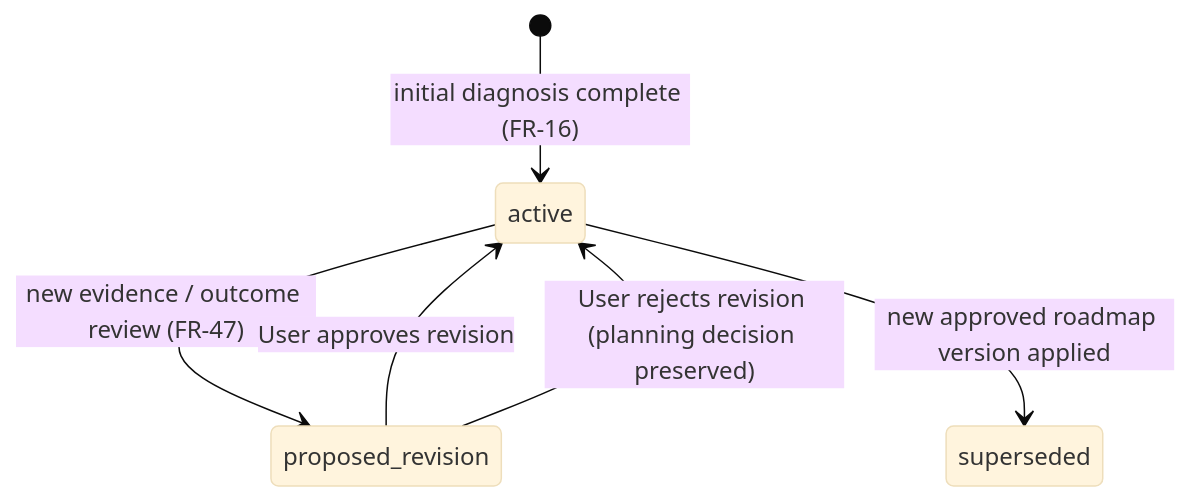
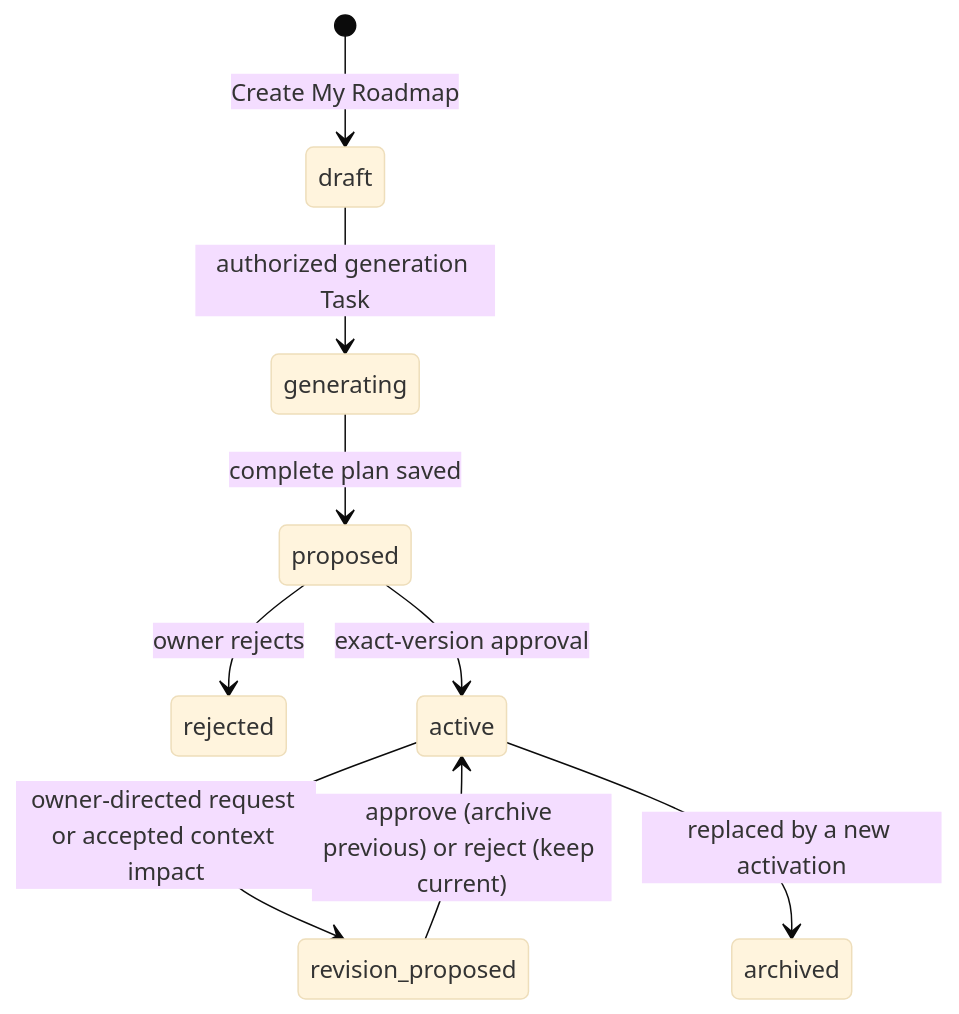
The fourth of 6 diagrams in domain/model.md (mohamed-hossam1/busmora-docs), drawn with Mermaid (base theme) before and after one commit. The commit also changed other lines of this file and 16 other files, not shown here.

````diff
--- a/domain/model.md
+++ b/domain/model.md
@@ -179,8 +182,11 @@
 ```mermaid
 stateDiagram-v2
-  [*] --> active: initial diagnosis complete (FR-16)
-  active --> proposed_revision: new evidence / outcome review (FR-47)
-  proposed_revision --> active: User approves revision
-  proposed_revision --> active: User rejects revision (planning decision preserved)
-  active --> superseded: new approved roadmap version applied
+  [*] --> draft: Create My Roadmap
+  draft --> generating: authorized generation Task
+  generating --> proposed: complete plan saved
+  proposed --> rejected: owner rejects
+  proposed --> active: exact-version approval
+  active --> revision_proposed: owner-directed request or accepted context impact
+  revision_proposed --> active: approve (archive previous) or reject (keep current)
+  active --> archived: replaced by a new activation
 ```
````
